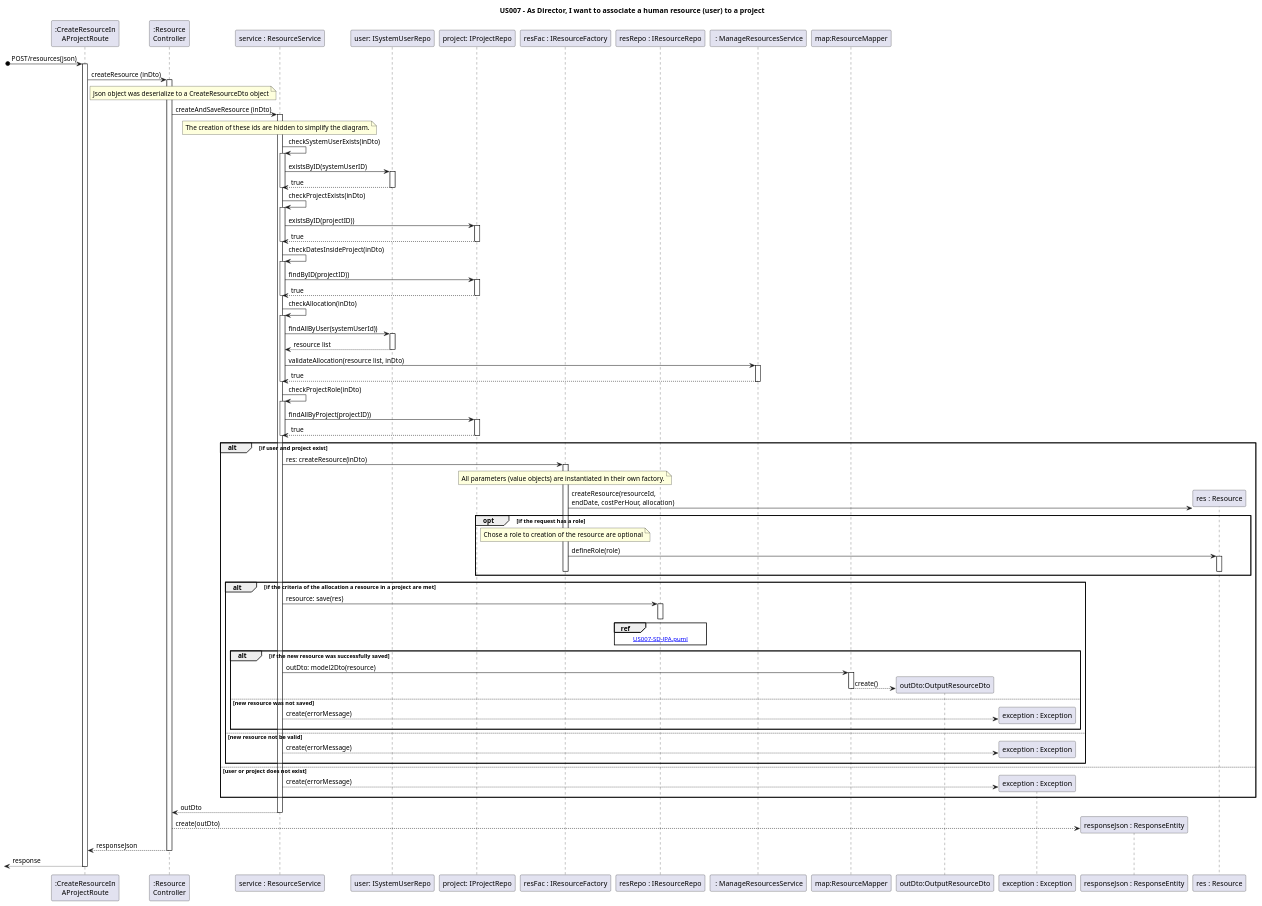
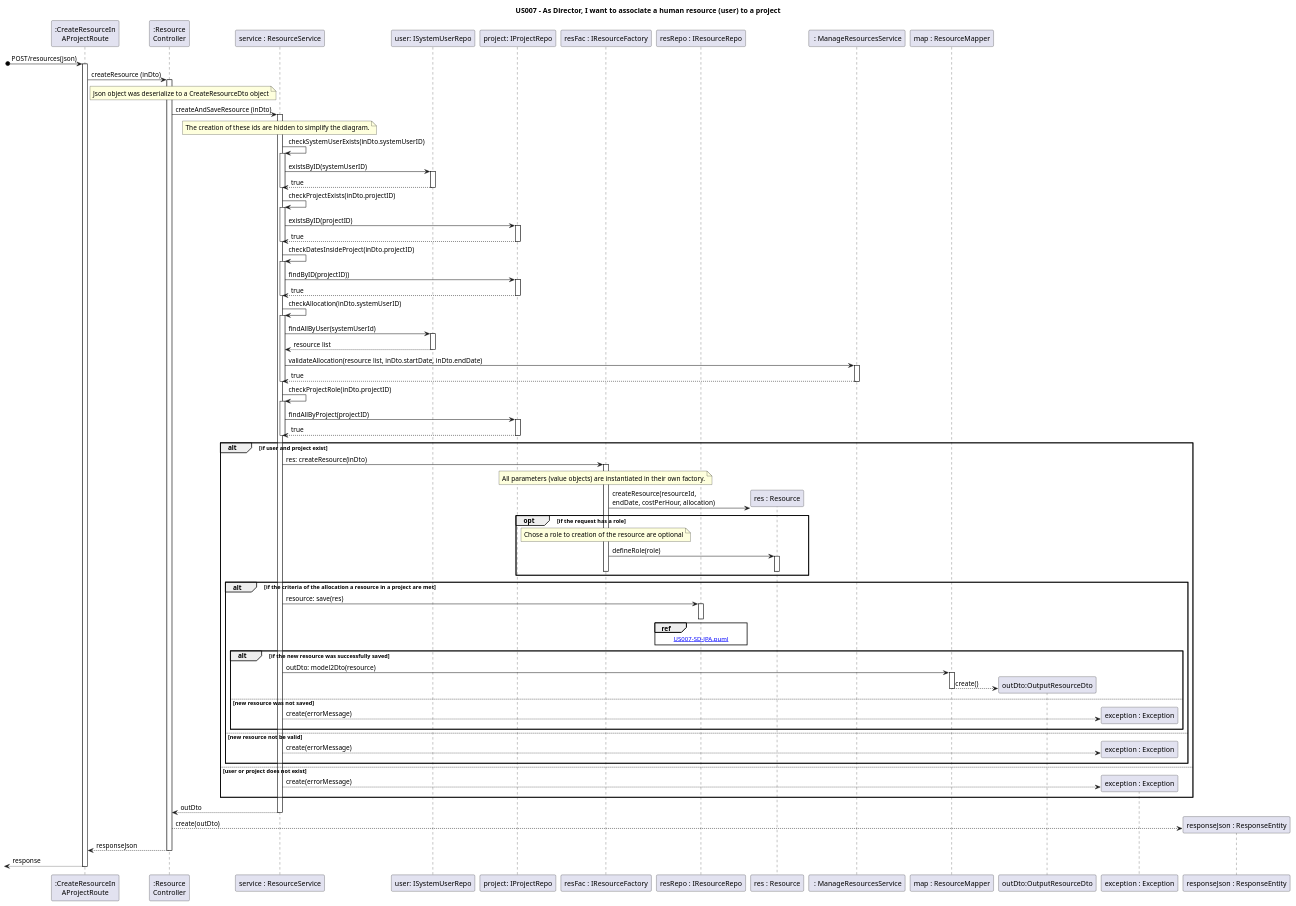
One commit to nunogon1211787/projectManagement changed the diagram in docs/Sprint1/US007/US007-SD.puml. Above: the diagram before and after it, drawn with PlantUML. The commit also changed 25 other files, not shown here.

```diff
--- a/docs/Sprint1/US007/US007-SD.puml
+++ b/docs/Sprint1/US007/US007-SD.puml
@@ -1,88 +1,87 @@
 @startuml
 'https://plantuml.com/sequence-diagram
 
 title US007 - As Director, I want to associate a human resource (user) to a project
 
 autoactivate on
 'autonumber
 
 participant ":CreateResourceIn\nAProjectRoute" as Route
 participant ":Resource\nController" as Ctrl
 participant "service : ResourceService" as srv
 participant "user: ISystemUserRepo" as userRepo
 participant "project: IProjectRepo" as projectRepo
 participant "resFac : IResourceFactory" as resourceFactory
 participant "resRepo : IResourceRepo" as resourceStore
 participant "res : Resource" as resource
 participant " : ManageResourcesService" as domainService
-participant "map:ResourceMapper" as map
+participant "map : ResourceMapper" as map
 participant "outDto:OutputResourceDto" as outDto
 participant "exception : Exception" as exc
 participant "responseJson : ResponseEntity" as json
-participant "resource : Resource " as resource
 
 [o-> Route:  POST/resources(json)
 Route -> Ctrl: createResource (inDto)
 note right Route: Json object was deserialize to a CreateResourceDto object
 Ctrl -> srv: createAndSaveResource (inDto)
 
 note over srv : The creation of these ids are hidden to simplify the diagram.
-srv -> srv: checkSystemUserExists(inDto)
+srv -> srv: checkSystemUserExists(inDto.systemUserID)
 srv -> userRepo: existsByID(systemUserID)
 userRepo --> srv: true
 deactivate
-srv -> srv: checkProjectExists(inDto)
-srv -> projectRepo: existsByID(projectID))
+srv -> srv: checkProjectExists(inDto.projectID)
+srv -> projectRepo: existsByID(projectID)
 projectRepo --> srv: true
 deactivate
-srv -> srv: checkDatesInsideProject(inDto)
+srv -> srv: checkDatesInsideProject(inDto.projectID)
 srv -> projectRepo: findByID(projectID))
 projectRepo --> srv: true
 deactivate
-srv -> srv: checkAllocation(inDto)
-srv -> userRepo: findAllByUser(systemUserId))
+srv -> srv: checkAllocation(inDto.systemUserID)
+srv -> userRepo: findAllByUser(systemUserId)
 userRepo --> srv: resource list
-srv -> domainService: validateAllocation(resource list, inDto)
+srv -> domainService: validateAllocation(resource list, inDto.startDate, inDto.endDate)
 domainService --> srv: true
 deactivate
-srv -> srv: checkProjectRole(inDto)
-srv -> projectRepo: findAllByProject(projectID))
+srv -> srv: checkProjectRole(inDto.projectID)
+srv -> projectRepo: findAllByProject(projectID)
 projectRepo --> srv: true
 deactivate
 alt if user and project exist
 srv -> resourceFactory: res: createResource(inDto)
 note over resourceFactory : All parameters (value objects) are instantiated in their own factory.
 resourceFactory -> resource**: createResource(resourceId, \nendDate, costPerHour, allocation)
 opt if the request has a role
 note over resourceFactory : Chose a role to creation of the resource are optional
 resourceFactory -> resource :defineRole(role)
 deactivate resourceFactory
 deactivate resource
 end
 
 alt if the criteria of the allocation a resource in a project are met
 srv -> resourceStore: resource: save(res)
 ref over resourceStore: [[US007-SD-JPA.puml]]
 
 deactivate
 
 alt if the new resource was successfully saved
 srv -> map : outDto: model2Dto(resource)
 map --> outDto** : create()
 deactivate
 
 else new resource was not saved
 srv --> exc** : create(errorMessage)
 end
 else new resource not be valid
 srv --> exc** : create(errorMessage)
 end
 else user or project does not exist
 srv --> exc** : create(errorMessage)
 end
 srv --> Ctrl: outDto
 Ctrl --> json**: create(outDto)
 Ctrl --> Route: responseJson
 [<--Route: response
 
 @enduml
```
